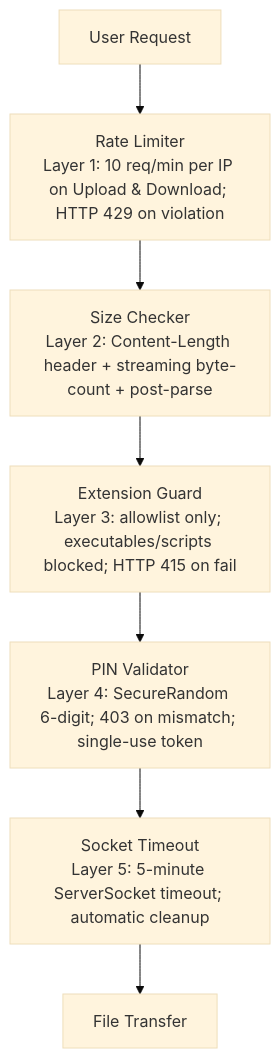
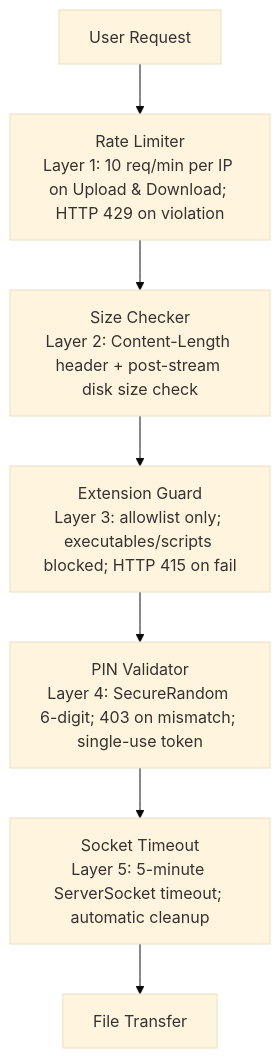
Before and after one commit to utkarsh-gupta17/SwiftShare: the sixth of 7 diagrams in README.md, drawn with Mermaid (base theme). The commit also changed other lines of this file and 4 other files, not shown here.

````diff
--- a/README.md
+++ b/README.md
@@ -242,9 +243,9 @@
 ```mermaid
 graph TD
     A["User Request"] --> B["Rate Limiter<br/>Layer 1: 10 req/min per IP on Upload & Download; HTTP 429 on violation"]
-    B --> C["Size Checker<br/>Layer 2: Content-Length header + streaming byte-count + post-parse"]
+    B --> C["Size Checker<br/>Layer 2: Content-Length header + post-stream disk size check"]
     C --> D["Extension Guard<br/>Layer 3: allowlist only; executables/scripts blocked; HTTP 415 on fail"]
     D --> E["PIN Validator<br/>Layer 4: SecureRandom 6-digit; 403 on mismatch; single-use token"]
     E --> F["Socket Timeout<br/>Layer 5: 5-minute ServerSocket timeout; automatic cleanup"]
     F --> G["File Transfer"]
 ```
````
